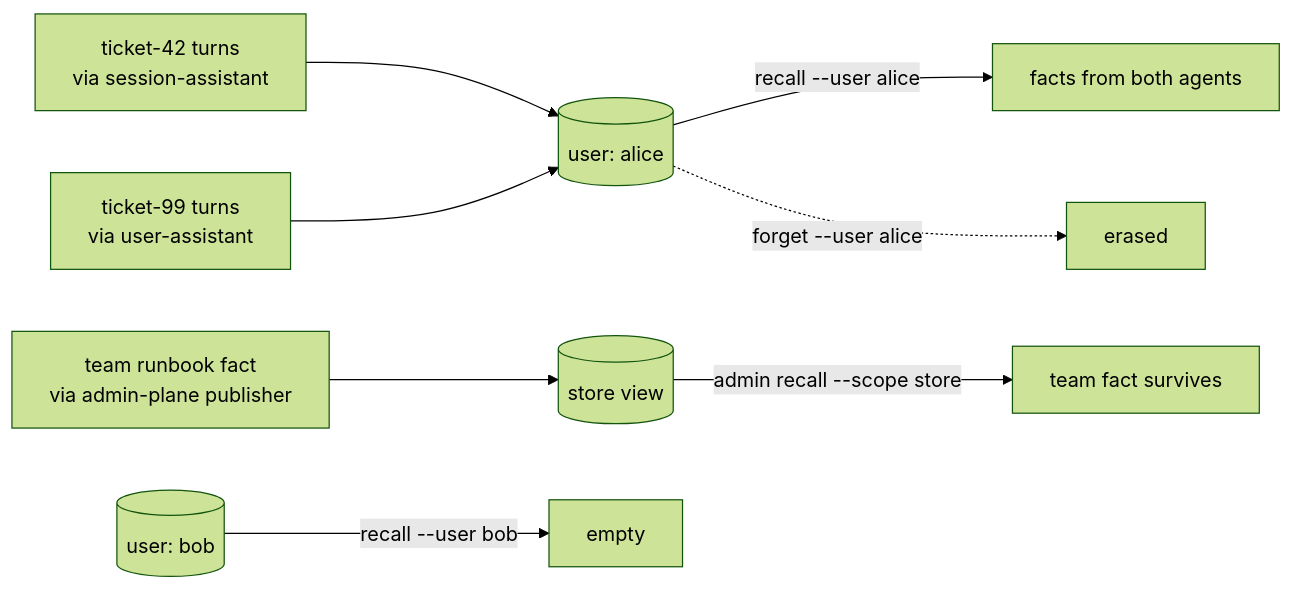
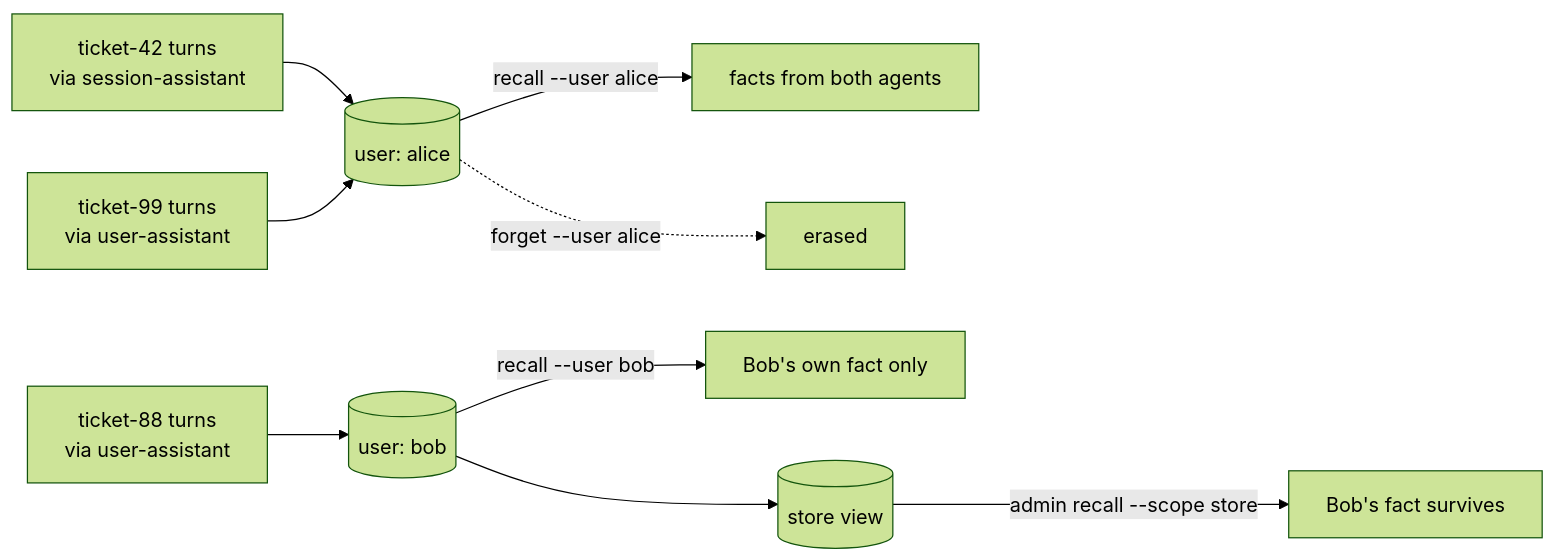
Before and after one commit to axsaucedo/kaos-adrs: the fifth of 6 diagrams in memory/blog/BLOGPOST_DRAFT_PART_4.md, drawn with Mermaid (forest theme). The commit also changed other lines of this file, not shown here.

````diff
--- a/memory/blog/BLOGPOST_DRAFT_PART_4.md
+++ b/memory/blog/BLOGPOST_DRAFT_PART_4.md
@@ -411,11 +431,12 @@
 ```mermaid
 graph LR
   T42["ticket-42 turns<br/>via session-assistant"] --> UA[("user: alice")]
   T99["ticket-99 turns<br/>via user-assistant"] --> UA
-  TP["team runbook fact<br/>via admin-plane publisher"] --> S[("store view")]
+  T88["ticket-88 turns<br/>via user-assistant"] --> UB[("user: bob")]
 
   UA -->|"recall --user alice"| R1["facts from both agents"]
-  UB[("user: bob")] -->|"recall --user bob"| R2["empty"]
+  UB -->|"recall --user bob"| R2["Bob's own fact only"]
   UA -.->|"forget --user alice"| X["erased"]
-  S -->|"admin recall --scope store"| R3["team fact survives"]
+  UB --> S[("store view")]
+  S -->|"admin recall --scope store"| R3["Bob's fact survives"]
 ```
````
